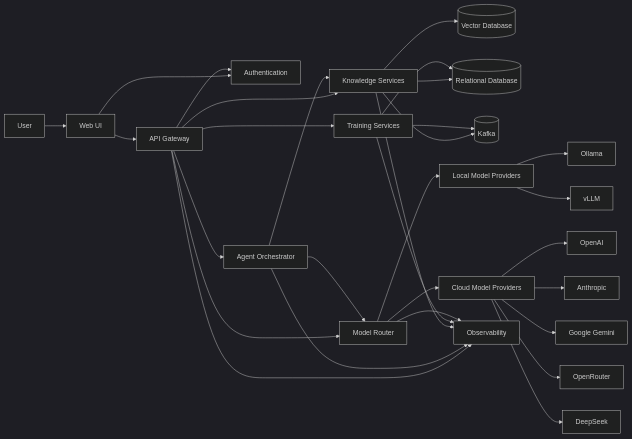
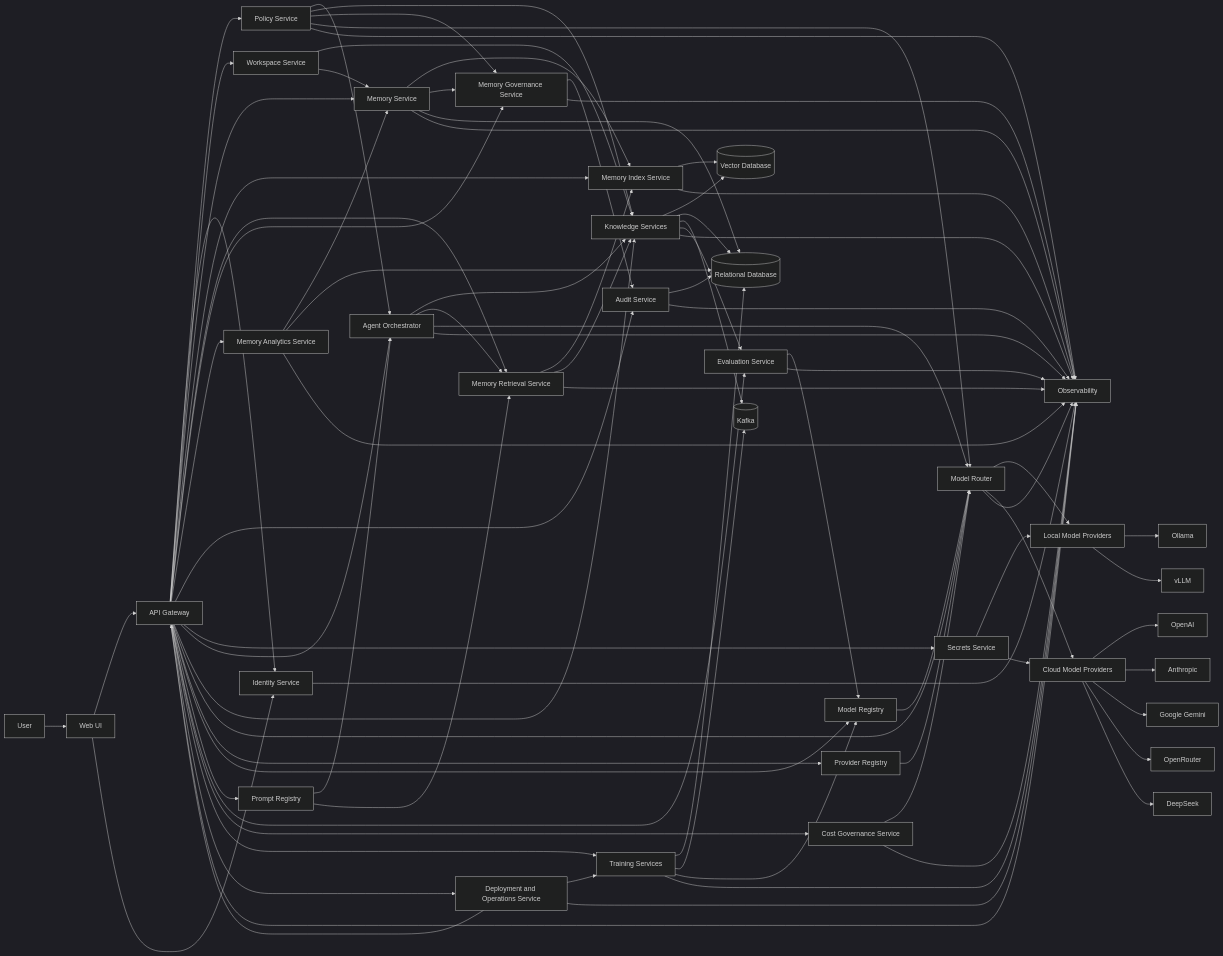
Before and after one commit to dcfrancisco/open-intelligence-platform: the first of 6 diagrams in docs/architecture.md, drawn with Mermaid (dark theme). The commit also changed other lines of this file and 24 other files, not shown here.

```diff
--- a/docs/architecture.md
+++ b/docs/architecture.md
@@ -15,20 +18,64 @@
 flowchart LR
     User[User] --> UI[Web UI]
     UI --> APIGW[API Gateway]
-    UI --> Auth[Authentication]
-    APIGW --> Auth
+    UI --> Identity[Identity Service]
+    APIGW --> Identity
+    APIGW --> Policy[Policy Service]
+    APIGW --> Workspace[Workspace Service]
+    APIGW --> Memory[Memory Service]
+    APIGW --> MemoryIndex[Memory Index Service]
+    APIGW --> MemoryRetrieval[Memory Retrieval Service]
+    APIGW --> MemoryGov[Memory Governance Service]
+    APIGW --> MemoryAnalytics[Memory Analytics Service]
+    APIGW --> Audit[Audit Service]
+    APIGW --> Secrets[Secrets Service]
     APIGW --> Agent[Agent Orchestrator]
     APIGW --> Knowledge[Knowledge Services]
     APIGW --> Router[Model Router]
+    APIGW --> ProviderRegistry[Provider Registry]
+    APIGW --> ModelRegistry[Model Registry]
+    APIGW --> PromptRegistry[Prompt Registry]
+    APIGW --> Evaluation[Evaluation Service]
+    APIGW --> Cost[Cost Governance Service]
     APIGW --> Training[Training Services]
+    APIGW --> Ops[Deployment and Operations Service]
 
+    Workspace --> Knowledge
+    Workspace --> Memory
+    Policy --> Agent
+    Policy --> Knowledge
+    Policy --> MemoryGov
+    Policy --> Router
+    Audit --> RDB[(Relational Database)]
+    Secrets --> LocalModels[Local Model Providers]
+    Secrets --> CloudModels[Cloud Model Providers]
+    Memory --> MemoryIndex
+    Memory --> MemoryGov
+    Memory --> RDB
+    MemoryIndex --> VectorDB[(Vector Database)]
+    MemoryRetrieval --> MemoryIndex
+    MemoryRetrieval --> Knowledge
+    MemoryAnalytics --> Memory
+    MemoryAnalytics --> RDB
+    MemoryGov --> Audit
     Agent --> Knowledge
+    Agent --> MemoryRetrieval
     Agent --> Router
     Knowledge --> VectorDB[(Vector Database)]
-    Knowledge --> RDB[(Relational Database)]
+    Knowledge --> RDB
     Knowledge --> Kafka[(Kafka)]
+    Knowledge --> Evaluation
     Training --> RDB
     Training --> Kafka
+    Training --> ModelRegistry
+    PromptRegistry --> Agent
+    PromptRegistry --> MemoryRetrieval
+    ProviderRegistry --> Router
+    ModelRegistry --> Router
+    Evaluation --> ModelRegistry
+    Cost --> Router
+    Ops --> APIGW
+    Ops --> Training
 
     Router --> LocalModels[Local Model Providers]
     Router --> CloudModels[Cloud Model Providers]
@@ -42,6 +89,17 @@
     CloudModels --> DeepSeek[DeepSeek]
 
     APIGW --> Obs[Observability]
+    Identity --> Obs
+    Policy --> Obs
+    Memory --> Obs
+    MemoryIndex --> Obs
+    MemoryRetrieval --> Obs
+    MemoryGov --> Obs
+    MemoryAnalytics --> Obs
+    Audit --> Obs
+    Cost --> Obs
+    Evaluation --> Obs
+    Ops --> Obs
     Agent --> Obs
     Knowledge --> Obs
     Training --> Obs
```
